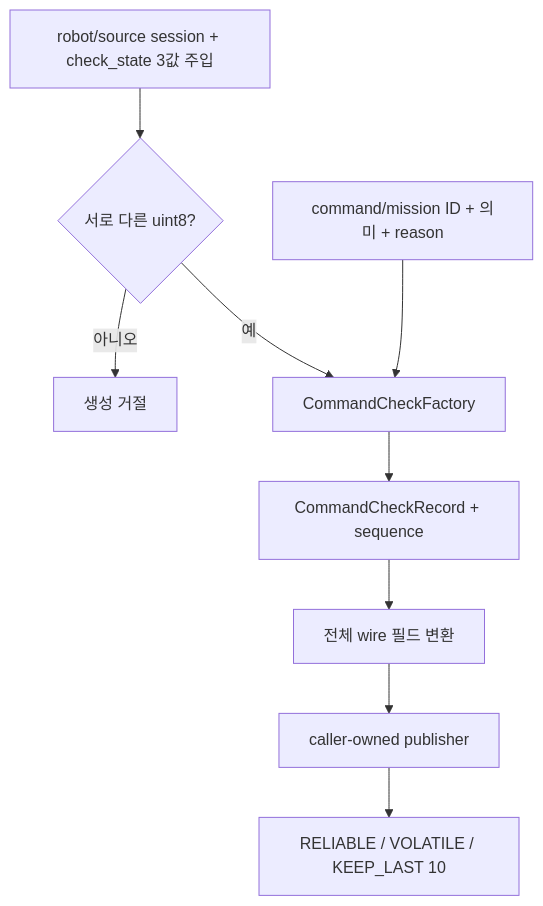
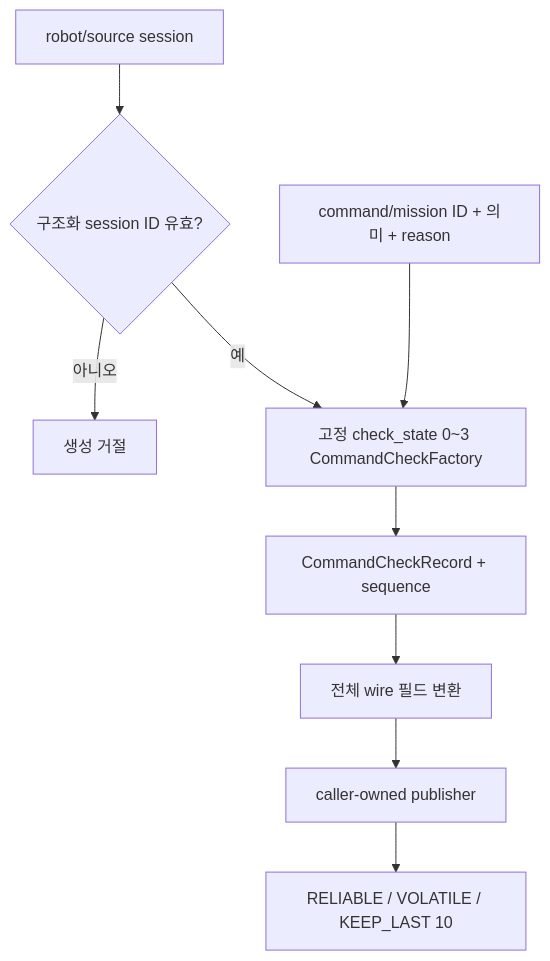
The third of 20 diagrams in docs/amr.md (suuuhululu/patrol), drawn with Mermaid before and after one commit. The commit also changed other lines of this file and 42 other files, not shown here.

```diff
--- a/docs/amr.md
+++ b/docs/amr.md
@@ -158,11 +158,11 @@
 ~~~mermaid
 flowchart TD
-    CFG[robot/source session + check_state 3값 주입] --> VALID{서로 다른 uint8?}
+    CFG[robot/source session] --> VALID{구조화 session ID 유효?}
     VALID -->|아니오| FAIL[생성 거절]
-    VALID -->|예| FACTORY[CommandCheckFactory]
+    VALID -->|예| FACTORY[고정 check_state 0~3 CommandCheckFactory]
     INPUT[command/mission ID + 의미 + reason] --> FACTORY
     FACTORY --> RECORD[CommandCheckRecord + sequence]
     RECORD --> MAP[전체 wire 필드 변환]
     MAP --> PUB[caller-owned publisher]
     PUB --> QOS[RELIABLE / VOLATILE / KEEP_LAST 10]
 ~~~
```
